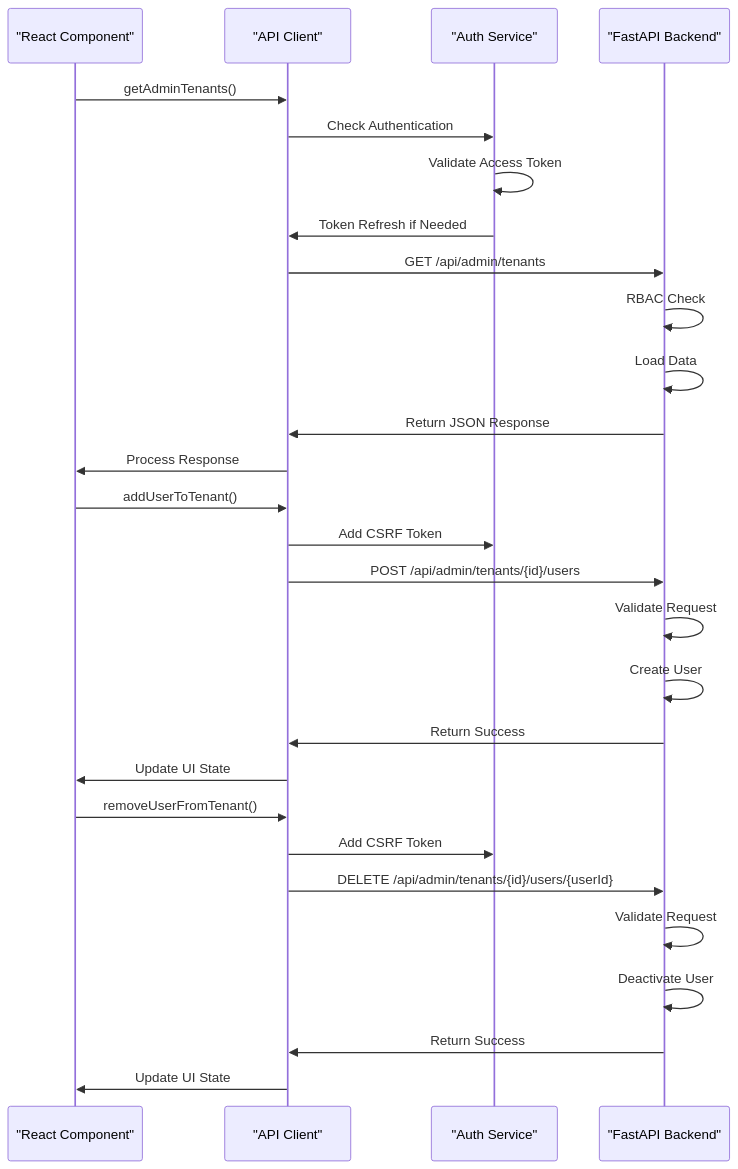
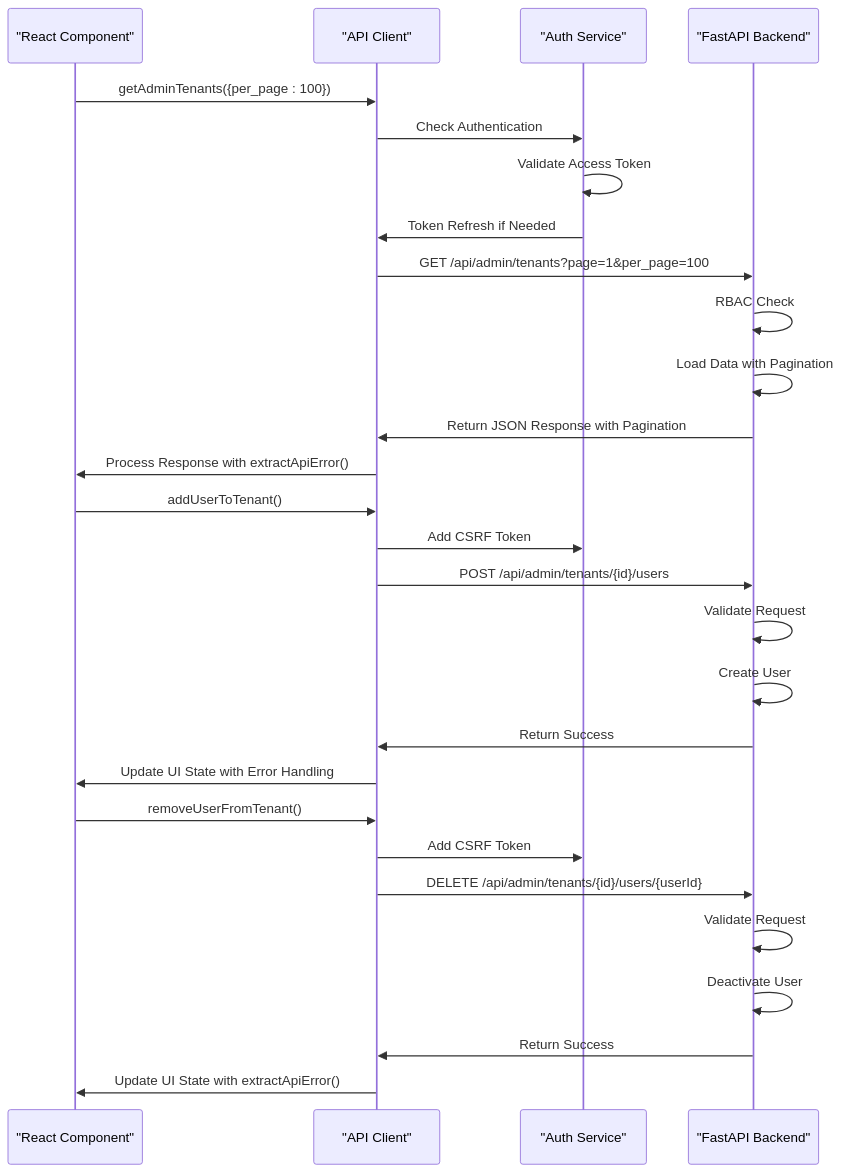
Before and after one commit to Revanththetalogics/aireume: diagram 21 of 22 in .qoder/repowiki/en/content/Frontend Architecture/User Management.md, drawn with Mermaid. The commit also changed other lines of this file and 9 other files, not shown here.

Commit message:
fix: admin overview metrics showing dashes - add flat fields to API response - Add active_users, total_analyses, mrr at root level of /metrics/overview - Frontend already expects these field names - no frontend changes needed

````diff
--- a/.qoder/repowiki/en/content/Frontend Architecture/User Management.md
+++ b/.qoder/repowiki/en/content/Frontend Architecture/User Management.md
@@ -812,30 +856,30 @@
 ```mermaid
 sequenceDiagram
 participant UI as "React Component"
 participant API as "API Client"
 participant Auth as "Auth Service"
 participant Backend as "FastAPI Backend"
-UI->>API : getAdminTenants()
+UI->>API : getAdminTenants({per_page : 100})
 API->>Auth : Check Authentication
 Auth->>Auth : Validate Access Token
 Auth->>API : Token Refresh if Needed
-API->>Backend : GET /api/admin/tenants
+API->>Backend : GET /api/admin/tenants?page=1&per_page=100
 Backend->>Backend : RBAC Check
-Backend->>Backend : Load Data
-Backend->>API : Return JSON Response
-API->>UI : Process Response
+Backend->>Backend : Load Data with Pagination
+Backend->>API : Return JSON Response with Pagination
+API->>UI : Process Response with extractApiError()
 UI->>API : addUserToTenant()
 API->>Auth : Add CSRF Token
 API->>Backend : POST /api/admin/tenants/{id}/users
 Backend->>Backend : Validate Request
 Backend->>Backend : Create User
 Backend->>API : Return Success
-API->>UI : Update UI State
+API->>UI : Update UI State with Error Handling
 UI->>API : removeUserFromTenant()
 API->>Auth : Add CSRF Token
 API->>Backend : DELETE /api/admin/tenants/{id}/users/{userId}
 Backend->>Backend : Validate Request
 Backend->>Backend : Deactivate User
 Backend->>API : Return Success
-API->>UI : Update UI State
+API->>UI : Update UI State with extractApiError()
 ```
````
